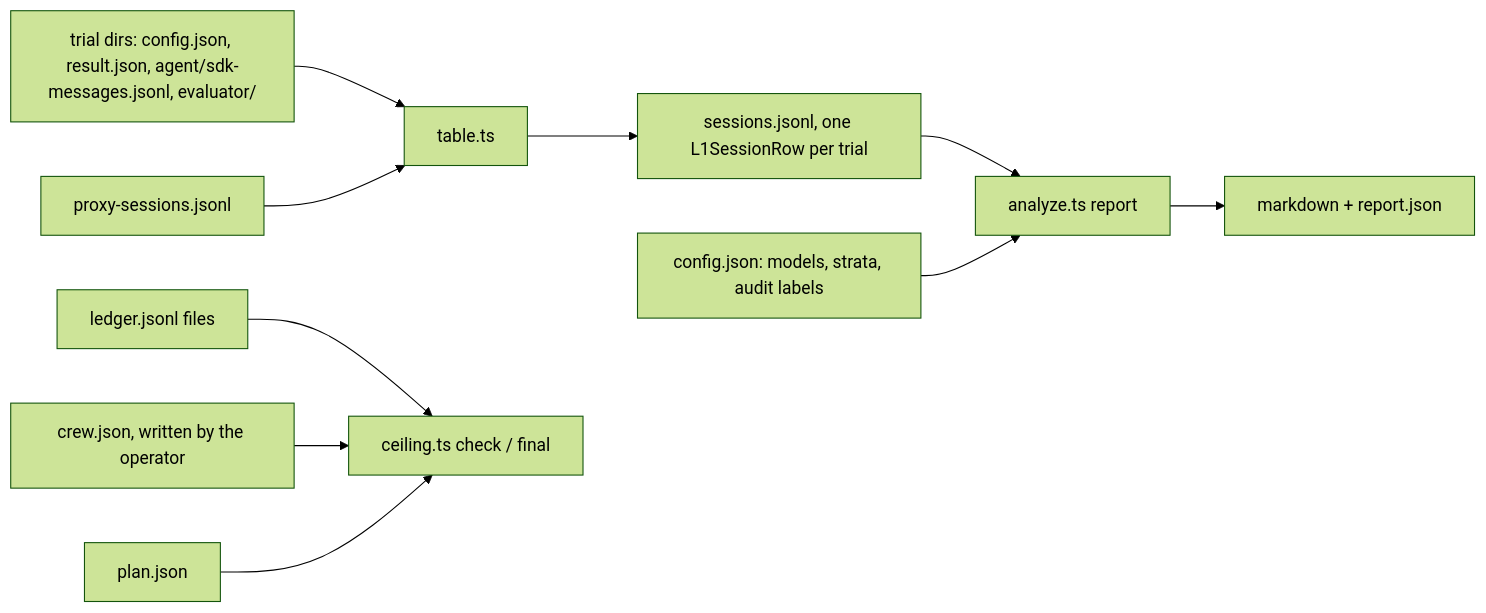
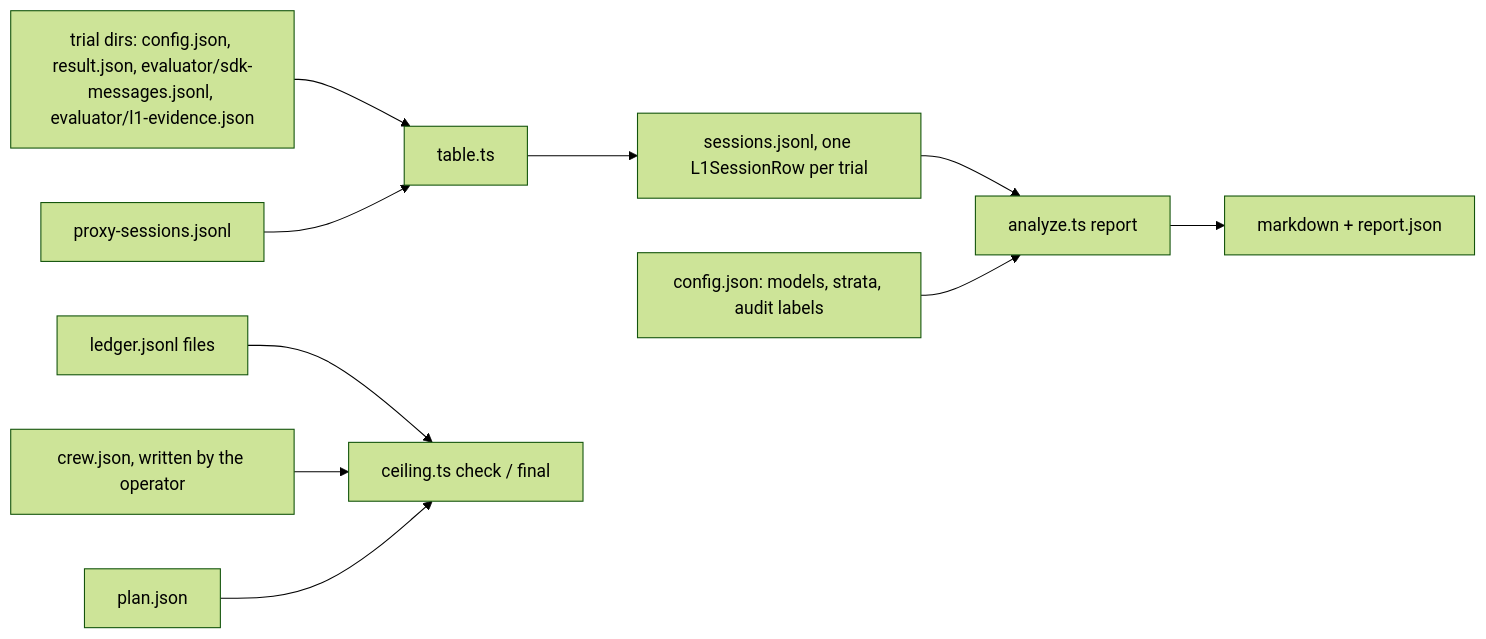
The diagram in quick/laneb/l1/README.md (garrytan/gstack-evals), drawn with Mermaid (forest theme) before and after one commit. The commit also changed other lines of this file and 1 other file, not shown here.

````diff
--- a/quick/laneb/l1/README.md
+++ b/quick/laneb/l1/README.md
@@ -5,12 +5,12 @@
 ```mermaid
 flowchart LR
-  T[trial dirs: config.json, result.json, agent/sdk-messages.jsonl, evaluator/] --> TB[table.ts]
+  T[trial dirs: config.json, result.json, evaluator/sdk-messages.jsonl, evaluator/l1-evidence.json] --> TB[table.ts]
   S[proxy-sessions.jsonl] --> TB
   TB --> R[sessions.jsonl, one L1SessionRow per trial]
   R --> A[analyze.ts report]
   C[config.json: models, strata, audit labels] --> A
   A --> MD[markdown + report.json]
   L[ledger.jsonl files] --> CE[ceiling.ts check / final]
   CR[crew.json, written by the operator] --> CE
   PL[plan.json] --> CE
 ```
````
